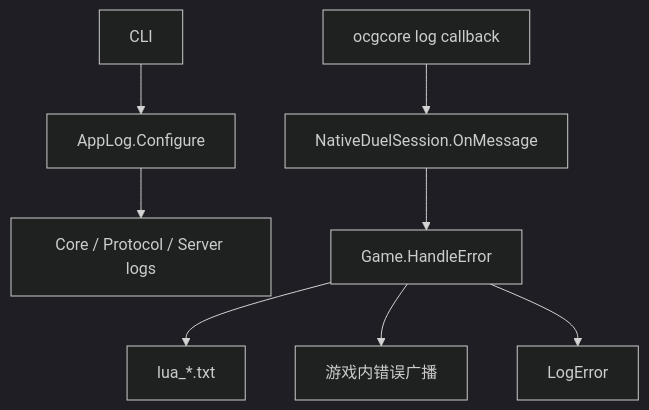
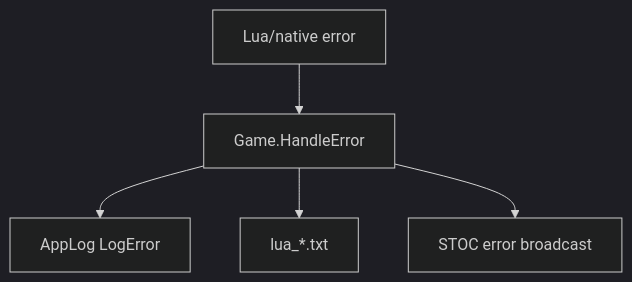
The fifth of 5 diagrams in docs/call-flow.md (ZerxZ/YGOProSharp), drawn with Mermaid (dark theme) before and after one commit. The commit also changed other lines of this file and 31 other files, not shown here.

````diff
--- a/docs/call-flow.md
+++ b/docs/call-flow.md
@@ -95,10 +97,7 @@
 ```mermaid
 flowchart TD
-    CLI[CLI] --> AppLog[AppLog.Configure]
-    AppLog --> Logs[Core / Protocol / Server logs]
-    Native[ocgcore log callback] --> Session[NativeDuelSession.OnMessage]
-    Session --> GameError[Game.HandleError]
+    NativeErr[Lua/native error] --> GameError[Game.HandleError]
+    GameError --> Log[AppLog LogError]
     GameError --> File[lua_*.txt]
-    GameError --> Broadcast[游戏内错误广播]
-    GameError --> Logger[LogError]
+    GameError --> Broadcast[STOC error broadcast]
 ```
````
